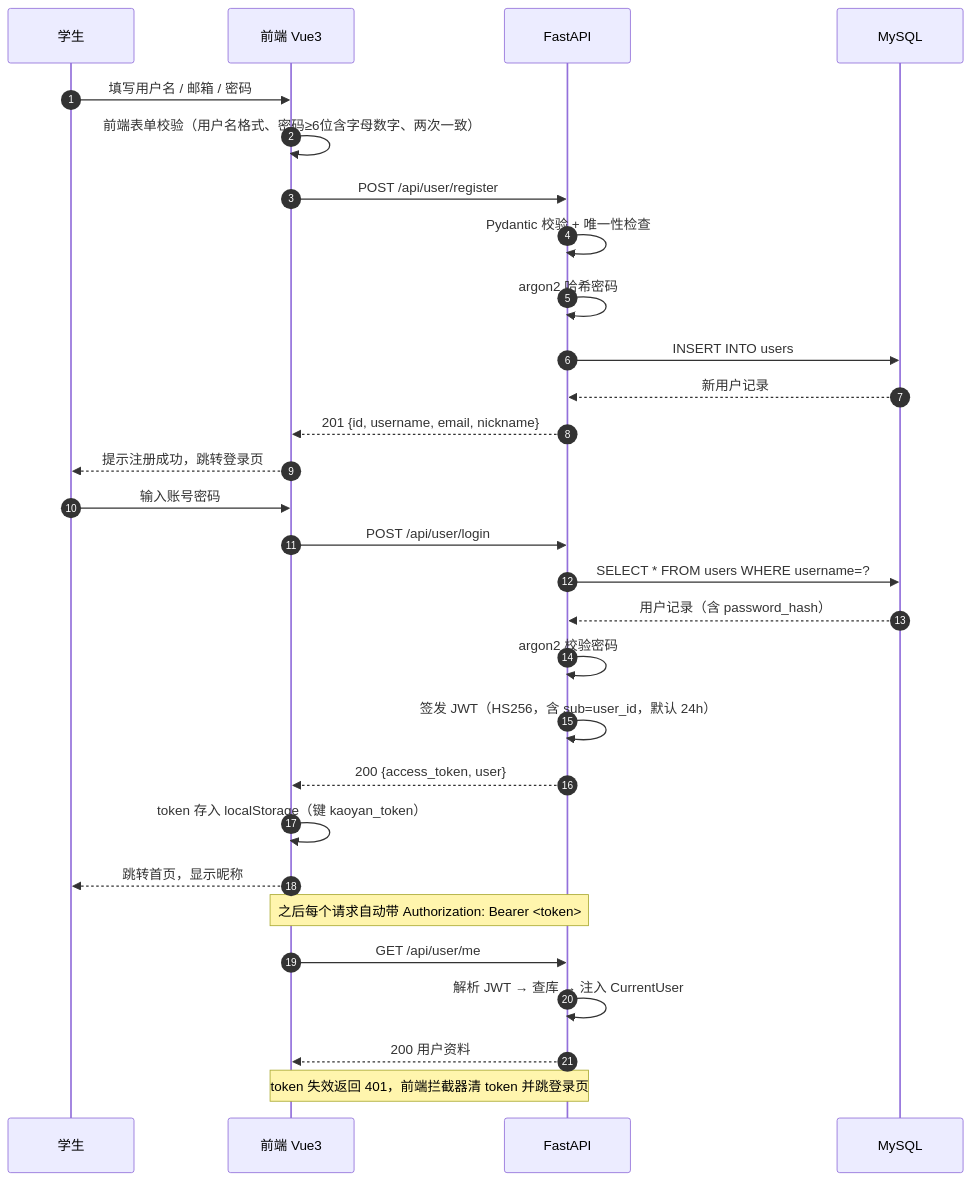
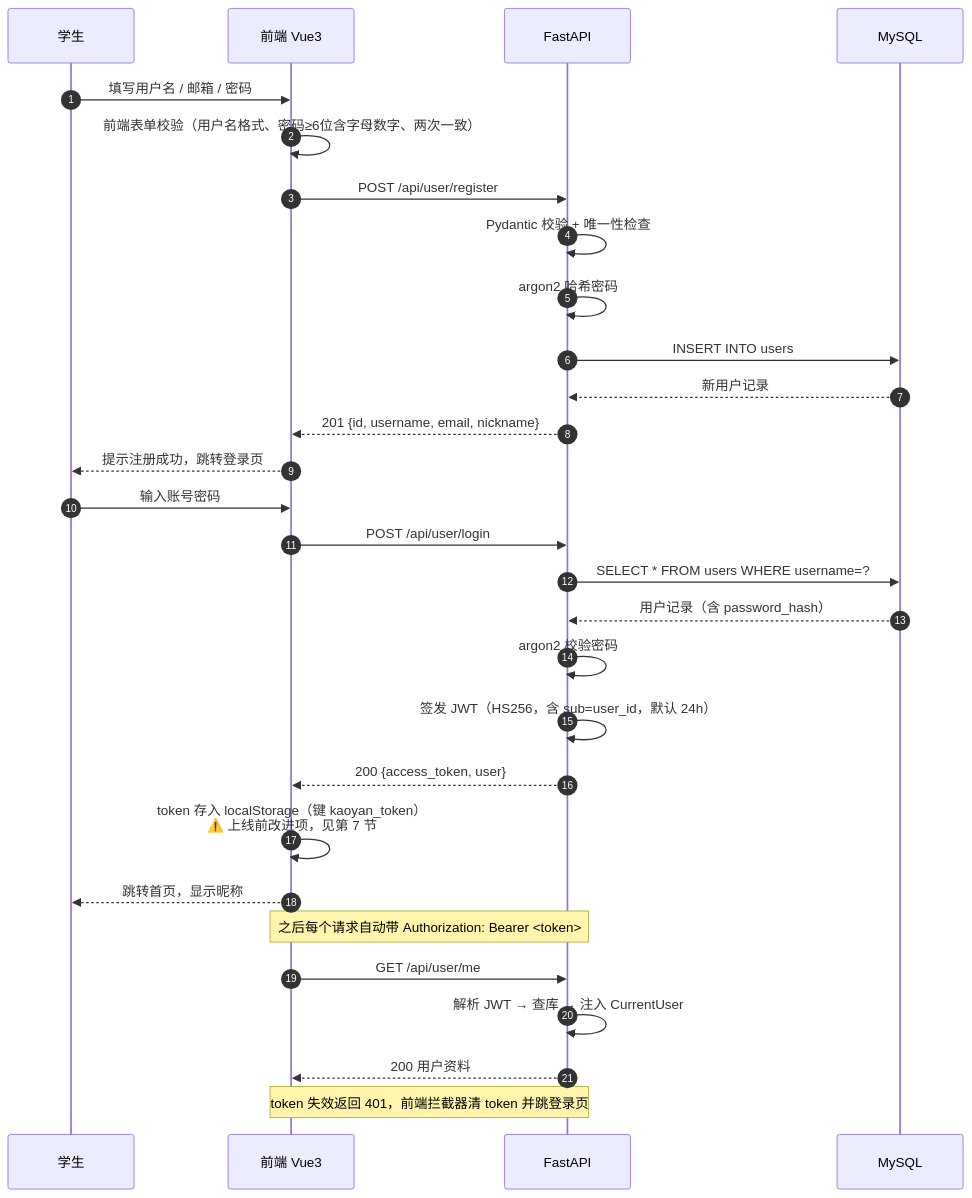
Before and after one commit to HeyanAdam/SoftwareEngineeringGroup4: diagram 17 of 28 in docs/DIAGRAMS.md, drawn with Mermaid. The commit also changed other lines of this file and 2 other files, not shown here.

````diff
--- a/docs/DIAGRAMS.md
+++ b/docs/DIAGRAMS.md
@@ -601,34 +601,34 @@
 ```mermaid
 sequenceDiagram
     autonumber
     participant U as 学生
     participant W as 前端 Vue3
     participant A as FastAPI
     participant DB as MySQL
 
     U->>W: 填写用户名 / 邮箱 / 密码
     W->>W: 前端表单校验（用户名格式、密码≥6位含字母数字、两次一致）
     W->>A: POST /api/user/register
     A->>A: Pydantic 校验 + 唯一性检查
     A->>A: argon2 哈希密码
     A->>DB: INSERT INTO users
     DB-->>A: 新用户记录
     A-->>W: 201 {id, username, email, nickname}
     W-->>U: 提示注册成功，跳转登录页
 
     U->>W: 输入账号密码
     W->>A: POST /api/user/login
     A->>DB: SELECT * FROM users WHERE username=?
     DB-->>A: 用户记录（含 password_hash）
     A->>A: argon2 校验密码
     A->>A: 签发 JWT（HS256，含 sub=user_id，默认 24h）
     A-->>W: 200 {access_token, user}
-    W->>W: token 存入 localStorage（键 kaoyan_token）
+    W->>W: token 存入 localStorage（键 kaoyan_token）<br/>⚠️ 上线前改进项，见第 7 节
     W-->>U: 跳转首页，显示昵称
 
     Note over W,A: 之后每个请求自动带 Authorization: Bearer <token>
     W->>A: GET /api/user/me
     A->>A: 解析 JWT → 查库 → 注入 CurrentUser
     A-->>W: 200 用户资料
     Note over A,W: token 失效返回 401，前端拦截器清 token 并跳登录页
 ```
````
